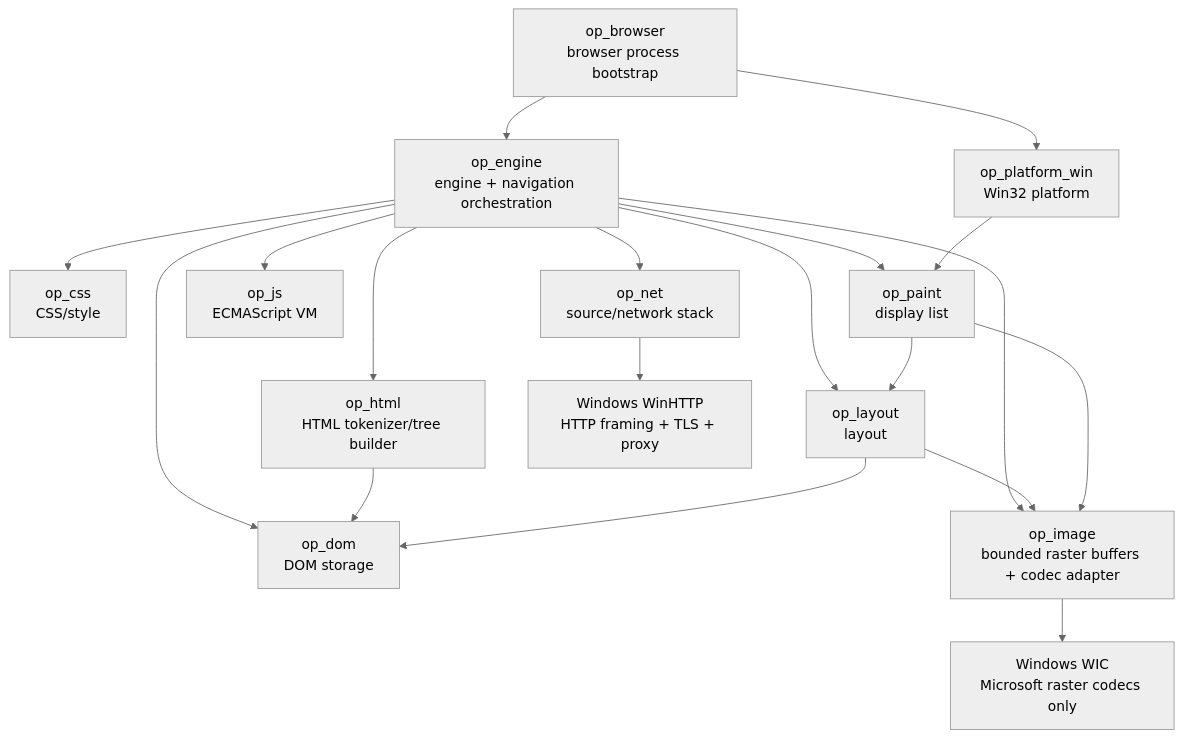
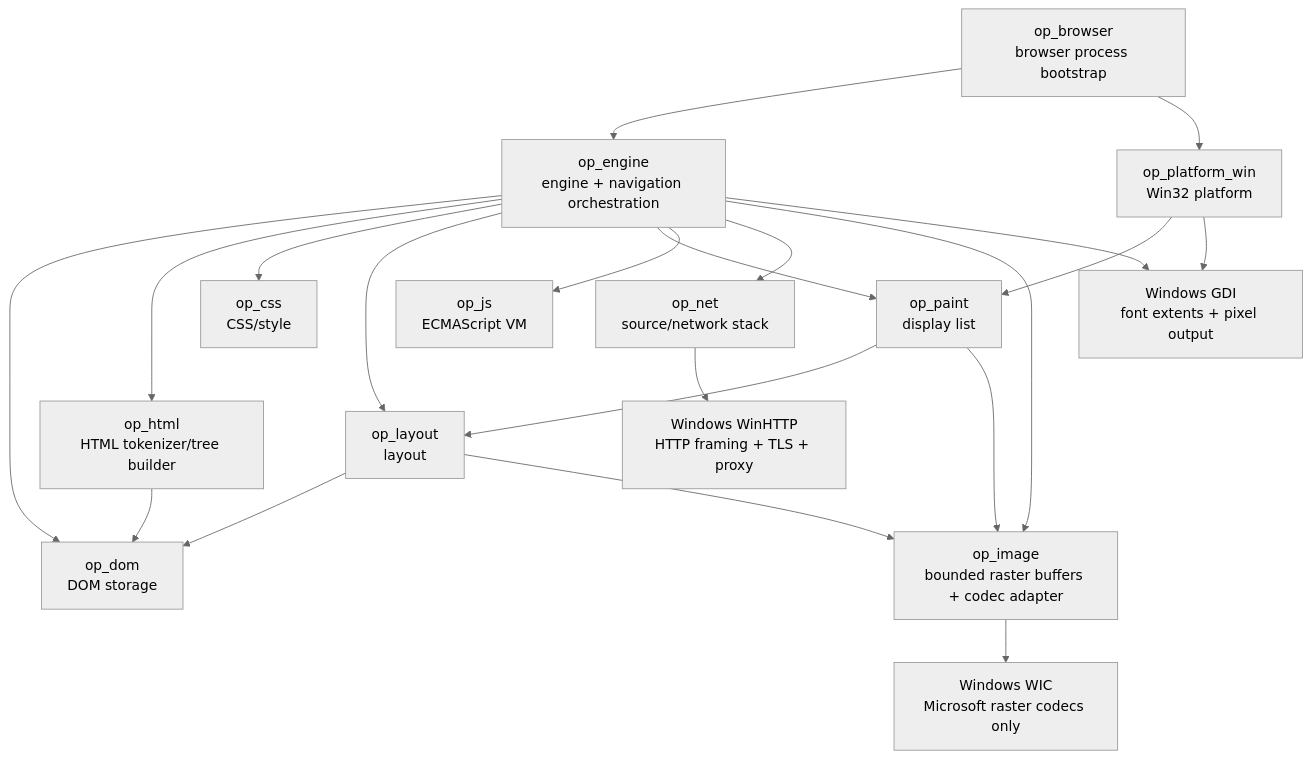
The first of 2 diagrams in docs/CODE_GRAPH.md (Gerbesh/OPBrowser), drawn with Mermaid (neutral theme) before and after one commit. The commit also changed other lines of this file and 25 other files, not shown here.

````diff
--- a/docs/CODE_GRAPH.md
+++ b/docs/CODE_GRAPH.md
@@ -10,35 +10,38 @@
 ```mermaid
 graph TD
     B[op_browser<br/>browser process bootstrap]
     E[op_engine<br/>engine + navigation orchestration]
     W[op_platform_win<br/>Win32 platform]
     D[op_dom<br/>DOM storage]
     H[op_html<br/>HTML tokenizer/tree builder]
     C[op_css<br/>CSS/style]
     L[op_layout<br/>layout]
     P[op_paint<br/>display list]
     J[op_js<br/>ECMAScript VM]
     N[op_net<br/>source/network stack]
     T[Windows WinHTTP<br/>HTTP framing + TLS + proxy]
     I[op_image<br/>bounded raster buffers + codec adapter]
     K[Windows WIC<br/>Microsoft raster codecs only]
+    G[Windows GDI<br/>font extents + pixel output]
 
     B --> E
     B --> W
     E --> D
     E --> H
     E --> C
     E --> L
     E --> P
     E --> J
     E --> N
     E --> I
+    E --> G
     N --> T
     H --> D
     L --> D
     L --> I
     P --> L
     P --> I
     I --> K
     W --> P
+    W --> G
 ```
````
